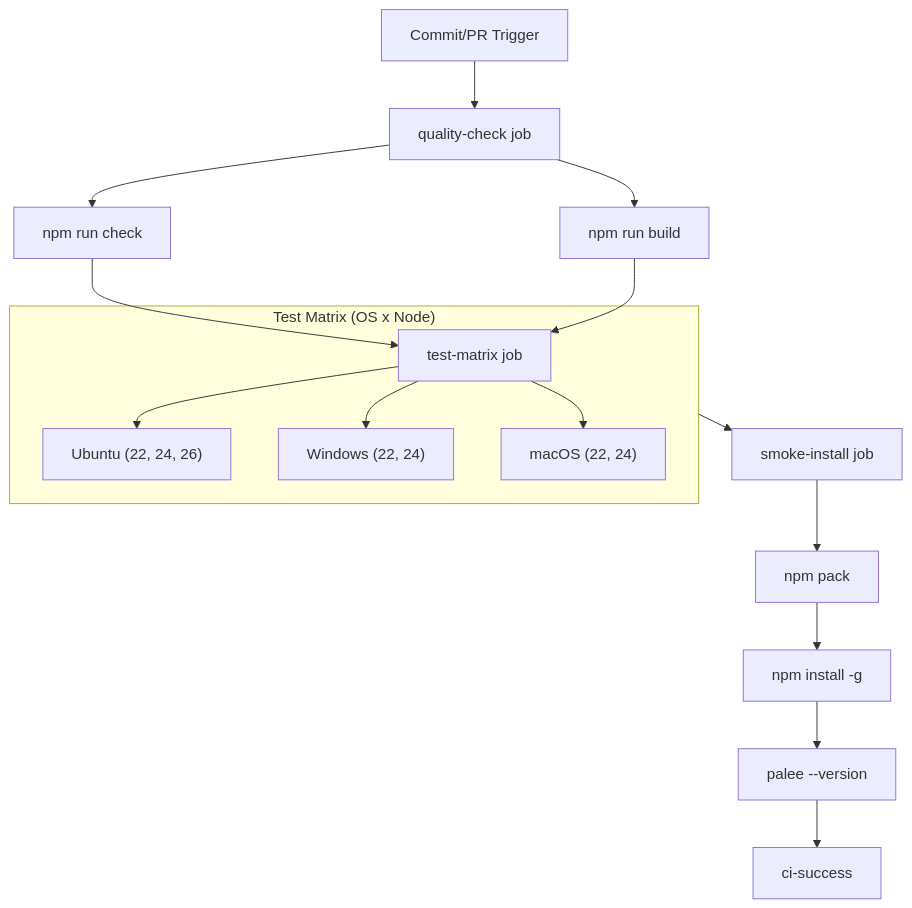
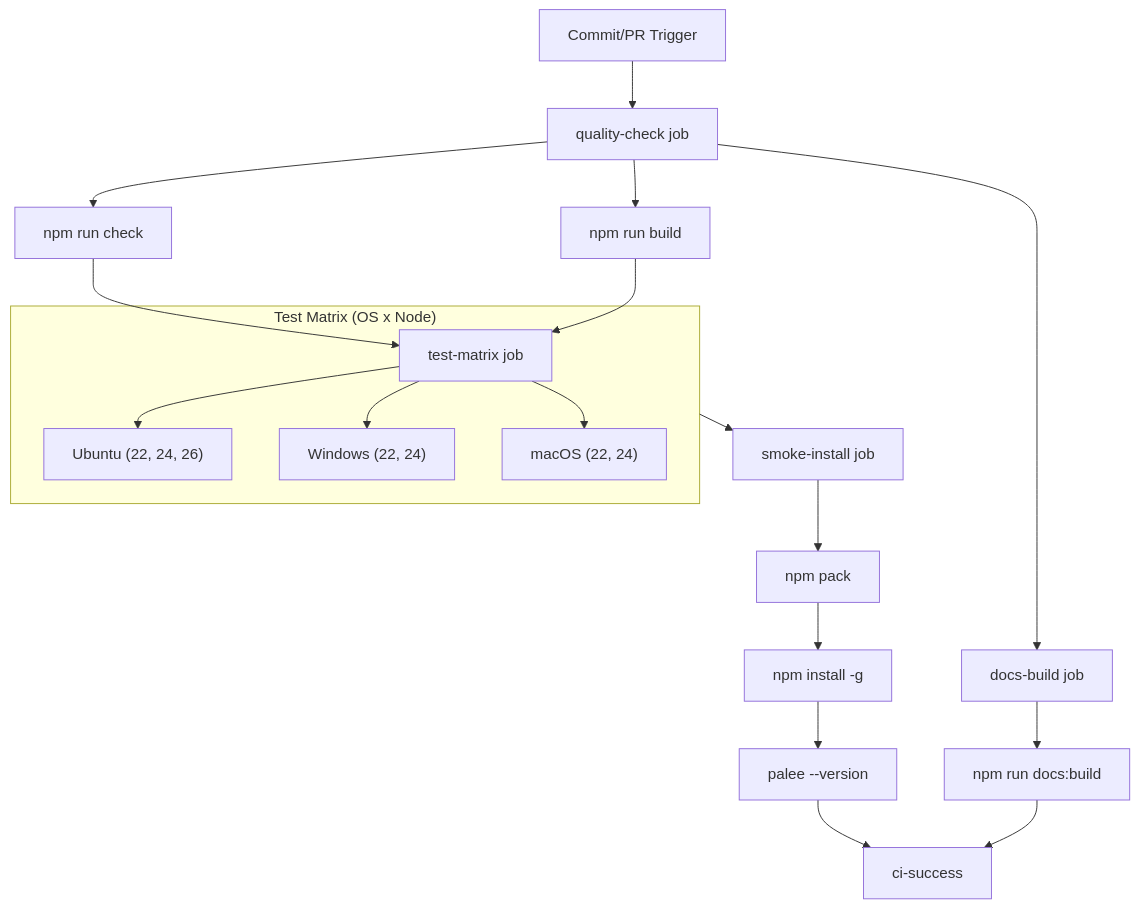
The first of 2 diagrams in docs/07-1-continuous-integration.md (Kuldeep2822k/cli), drawn with Mermaid before and after one commit. The commit also changed other lines of this file and 2 other files, not shown here.

First line of the commit message:
fix(ci): build the docs site on pull requests

````diff
--- a/docs/07-1-continuous-integration.md
+++ b/docs/07-1-continuous-integration.md
@@ -63,31 +67,36 @@
 ```mermaid
 flowchart TD
     Trigger["Commit/PR Trigger"]
     QC["quality-check job"]
     Lint["npm run check"]
     Build["npm run build"]
     SI["smoke-install job"]
     Pack["npm pack"]
     GlobalInstall["npm install -g"]
     VersionCheck["palee --version"]
     Success["ci-success"]
     subgraph Matrix ["Test Matrix (OS x Node)"]
         TM["test-matrix job"]
         Linux["Ubuntu (22, 24, 26)"]
         Win["Windows (22, 24)"]
         Mac["macOS (22, 24)"]
     end
     Trigger --> QC
     QC --> Lint
     QC --> Build
     Lint --> TM
     Build --> TM
     TM --> Linux
     TM --> Win
     TM --> Mac
     SI --> Pack
     Pack --> GlobalInstall
     GlobalInstall --> VersionCheck
     VersionCheck --> Success
     Matrix --> SI
+    DB["docs-build job"]
+    SiteBuild["npm run docs:build"]
+    QC --> DB
+    DB --> SiteBuild
+    SiteBuild --> Success
 ```
````
